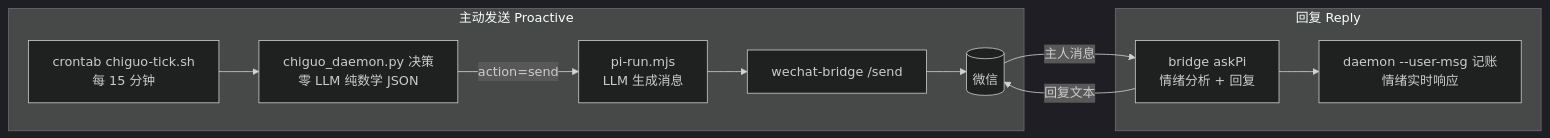
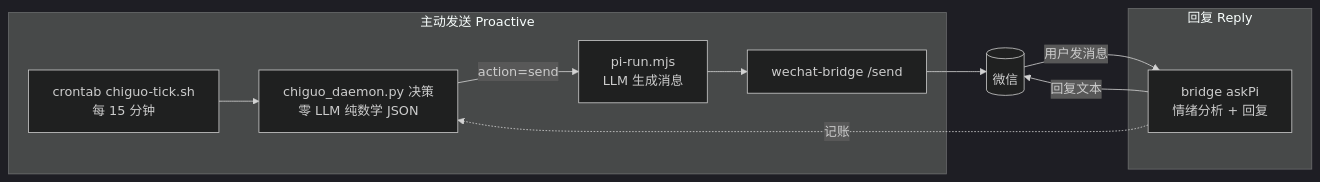
The diagram in README.md (lhxyzCJ/chiguo), drawn with Mermaid (dark theme) before and after one commit. The commit also changed other lines of this file and 3 other files, not shown here.

````diff
--- a/README.md
+++ b/README.md
@@ -84,14 +74,15 @@
 ```mermaid
 flowchart LR
     subgraph 主动发送 Proactive
         TICK[crontab chiguo-tick.sh<br/>每 15 分钟] --> D[chiguo_daemon.py 决策<br/>零 LLM 纯数学 JSON]
         D -->|action=send| PI1[pi-run.mjs<br/>LLM 生成消息]
         PI1 --> B[wechat-bridge /send]
-        B --> WX[(微信)]
     end
     subgraph 回复 Reply
-        WX -->|主人消息| BR[bridge askPi<br/>情绪分析 + 回复]
-        BR --> D2[daemon --user-msg 记账<br/>情绪实时响应]
-        BR -->|回复文本| WX
+        BR[bridge askPi<br/>情绪分析 + 回复]
     end
+    B --> WX[(微信)]
+    WX -->|用户发消息| BR
+    BR -. 记账 .-> D
+    BR -->|回复文本| WX
 ```
````
